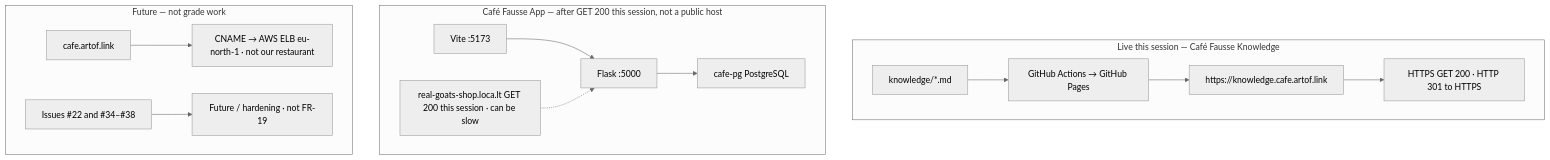
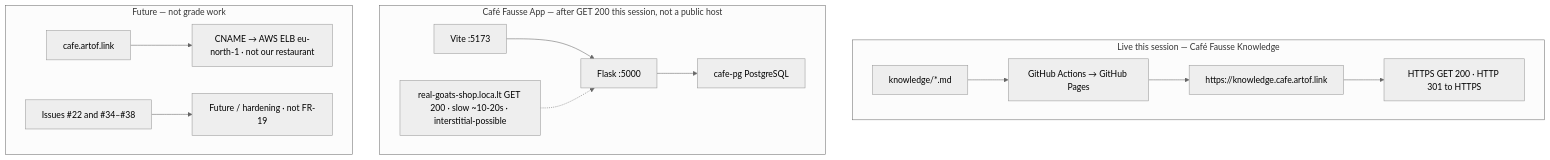
The diagram in knowledge/friday-plan.md (artofdream/aea-interactive-design), drawn with Mermaid (neutral theme) before and after one commit. The commit also changed other lines of this file and 5 other files, not shown here.

First line of the commit message:
docs(knowledge): state tunnel is slow and interstitial-possible (#59)

````diff
--- a/knowledge/friday-plan.md
+++ b/knowledge/friday-plan.md
@@ -70,17 +70,17 @@
 ```mermaid
 flowchart TB
   subgraph LIVE["Live this session — Café Fausse Knowledge"]
     MD["knowledge/*.md"] --> BUILD["GitHub Actions → GitHub Pages"]
     BUILD --> KH["https://knowledge.cafe.artof.link"]
     KH --> OK["HTTPS GET 200 · HTTP 301 to HTTPS"]
   end
   subgraph APP["Café Fausse App — after GET 200 this session, not a public host"]
     VITE["Vite :5173"] --> FLASK["Flask :5000"]
     FLASK --> PG["cafe-pg PostgreSQL"]
-    TUN["real-goats-shop.loca.lt GET 200 this session · can be slow"] -.-> FLASK
+    TUN["real-goats-shop.loca.lt GET 200 · slow ~10-20s · interstitial-possible"] -.-> FLASK
   end
   subgraph FUT["Future — not grade work"]
     CAFE["cafe.artof.link"] --> ELB["CNAME → AWS ELB eu-north-1 · not our restaurant"]
     FS["Issues #22 and #34–#38"] --> PARK["Future / hardening · not FR-19"]
   end
 ```
````
